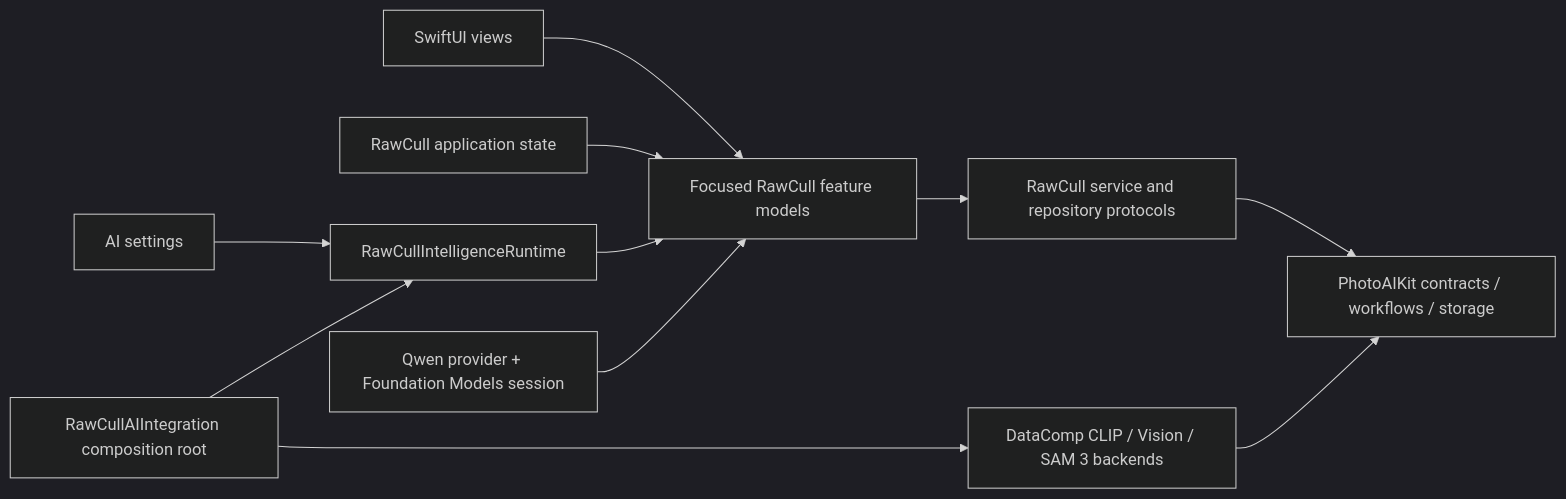
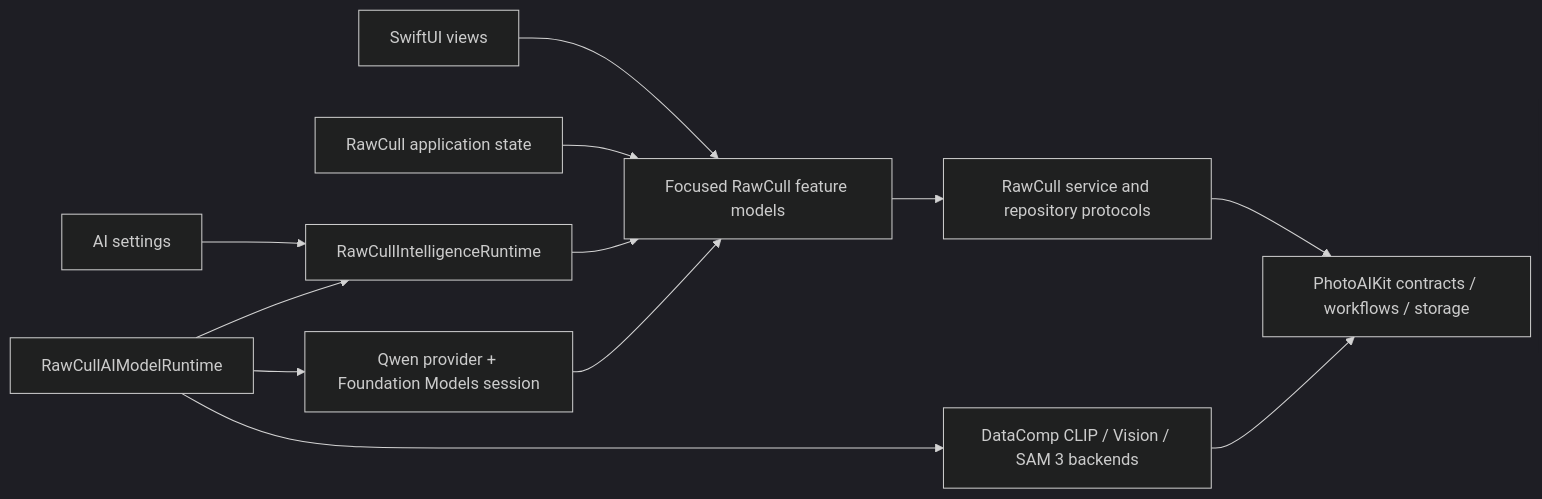
Before and after one commit to rsyncOSX/RawCull: the second of 2 diagrams in README.md, drawn with Mermaid (dark theme). The commit also changed other lines of this file and 17 other files, not shown here.

````diff
--- a/README.md
+++ b/README.md
@@ -232,13 +232,14 @@
 ```mermaid
 flowchart LR
     Views["SwiftUI views"] --> Features["Focused RawCull feature models"]
     App["RawCull application state"] --> Features
     Settings["AI settings"] --> Runtime["RawCullIntelligenceRuntime"]
     Runtime --> Features
     Features --> Services["RawCull service and repository protocols"]
     Services --> Contracts["PhotoAIKit contracts / workflows / storage"]
-    Composition["RawCullAIIntegration composition root"] --> Runtime
-    Composition --> Backends["DataComp CLIP / Vision / SAM 3 backends"]
+    ModelRuntime["RawCullAIModelRuntime"] --> Runtime
+    ModelRuntime --> Backends["DataComp CLIP / Vision / SAM 3 backends"]
+    ModelRuntime --> QwenBackend["Qwen provider + Foundation Models session"]
     Backends --> Contracts
-    QwenBackend["Qwen provider + Foundation Models session"] --> Features
+    QwenBackend --> Features
 ```
````
